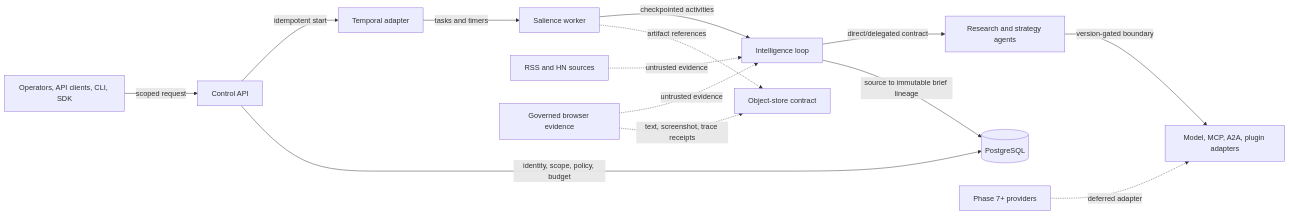
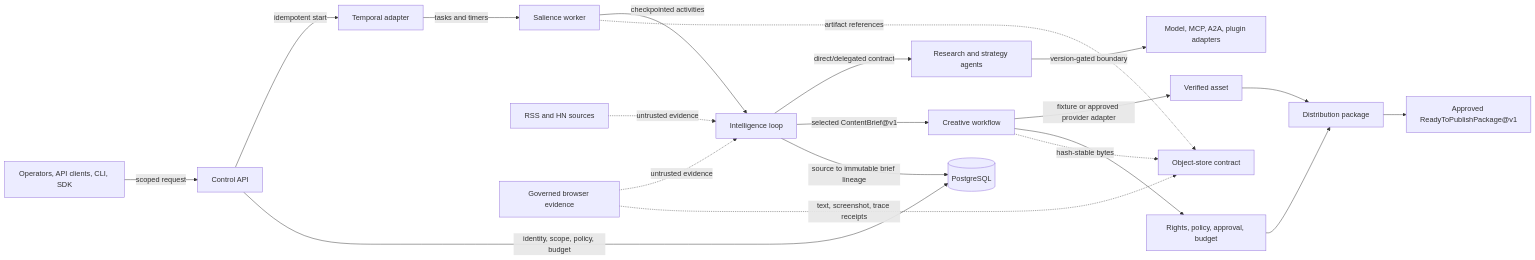
The diagram in README.md (manojvermamv/Salience), drawn with Mermaid before and after one commit. The commit also changed other lines of this file and 19 other files, not shown here.

````diff
--- a/README.md
+++ b/README.md
@@ -21,16 +20,22 @@
 ```mermaid
 flowchart LR
     Operator[Operators, API clients, CLI, SDK] -->|scoped request| API[Control API]
     API -->|idempotent start| Temporal[Temporal adapter]
     Temporal -->|tasks and timers| Worker[Salience worker]
     Worker -->|checkpointed activities| Loop[Intelligence loop]
     Sources[RSS and HN sources] -.->|untrusted evidence| Loop
     Browser[Governed browser evidence] -.->|untrusted evidence| Loop
     Browser -.->|text, screenshot, trace receipts| Storage
     Loop -->|direct/delegated contract| Agents[Research and strategy agents]
     Agents -->|version-gated boundary| Providers[Model, MCP, A2A, plugin adapters]
+    Loop -->|selected ContentBrief@v1| Creative[Creative workflow]
+    Creative -->|fixture or approved provider adapter| Asset[Verified asset]
+    Creative --> Governance[Rights, policy, approval, budget]
+    Governance --> Distribution[Distribution package]
+    Asset --> Distribution
+    Distribution --> Ready[Approved ReadyToPublishPackage@v1]
     Loop -->|source to immutable brief lineage| PG[(PostgreSQL)]
     API -->|identity, scope, policy, budget| PG
     Worker -.->|artifact references| Storage[Object-store contract]
-    Future[Phase 7+ providers] -.->|deferred adapter| Providers
+    Creative -.->|hash-stable bytes| Storage
 ```
````
